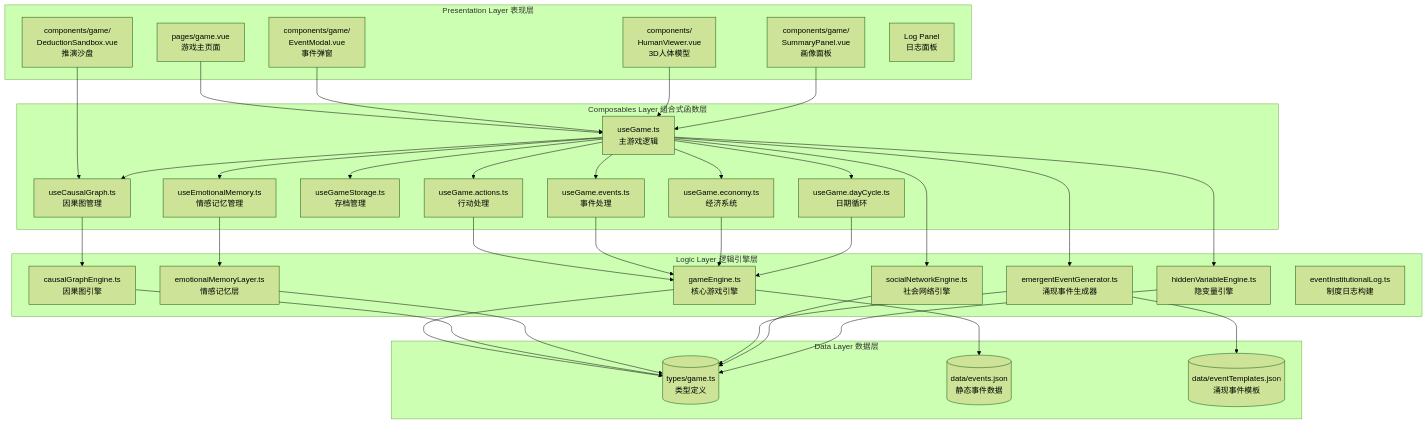
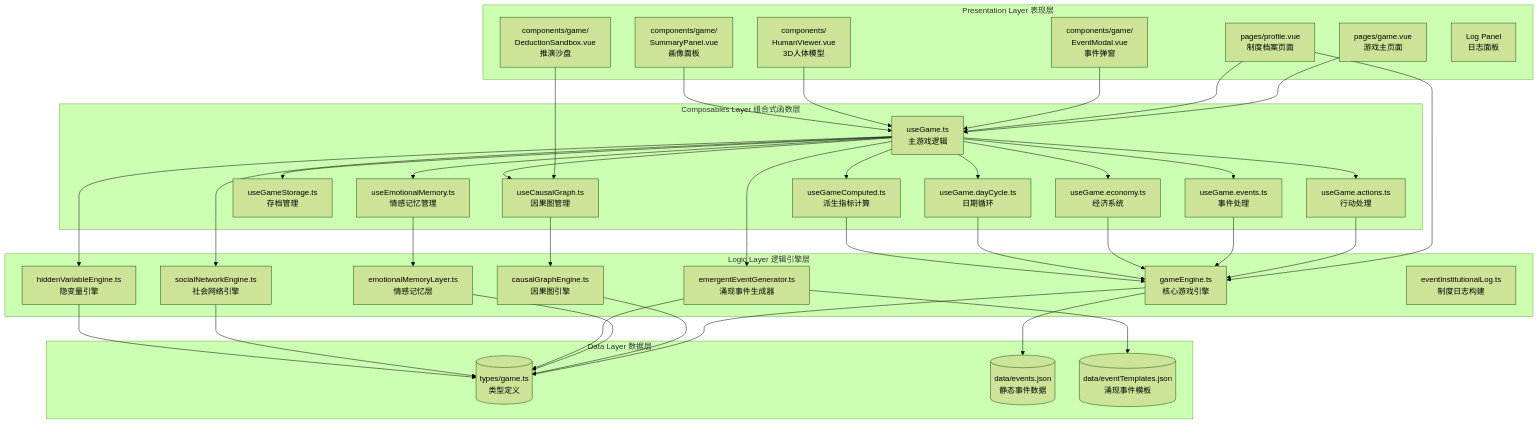
The first of 15 diagrams in .monkeycode/docs/ARCHITECTURE.md (moyunzero/XiuXian-Overdue), drawn with Mermaid (forest theme) before and after one commit. The commit also changed 40 other files, not shown here.

````diff
--- a/.monkeycode/docs/ARCHITECTURE.md
+++ b/.monkeycode/docs/ARCHITECTURE.md
@@ -9,73 +9,79 @@
 ```mermaid
 graph TB
     subgraph "Presentation Layer 表现层"
         PAGES[pages/game.vue<br>游戏主页面]
+        PROFILE[pages/profile.vue<br>制度档案页面]
         DEDUCTION[components/game/<br>DeductionSandbox.vue<br>推演沙盘]
         EVENT_MODAL[components/game/<br>EventModal.vue<br>事件弹窗]
         HUMAN_VIEWER[components/<br>HumanViewer.vue<br>3D人体模型]
         SUMMARY_PANEL[components/game/<br>SummaryPanel.vue<br>画像面板]
         LOG_PANEL[Log Panel<br>日志面板]
     end
 
     subgraph "Composables Layer 组合式函数层"
         useGame[useGame.ts<br>主游戏逻辑]
         useCausalGraph[useCausalGraph.ts<br>因果图管理]
         useEmotionalMemory[useEmotionalMemory.ts<br>情感记忆管理]
         useGameStorage[useGameStorage.ts<br>存档管理]
         useGameActions[useGame.actions.ts<br>行动处理]
         useGameEvents[useGame.events.ts<br>事件处理]
         useGameEconomy[useGame.economy.ts<br>经济系统]
         useGameDayCycle[useGame.dayCycle.ts<br>日期循环]
+        useGameComputed[useGameComputed.ts<br>派生指标计算]
     end
 
     subgraph "Logic Layer 逻辑引擎层"
         gameEngine[gameEngine.ts<br>核心游戏引擎]
         causalGraphEngine[causalGraphEngine.ts<br>因果图引擎]
         emotionalMemoryLayer[emotionalMemoryLayer.ts<br>情感记忆层]
         emergentEventGenerator[emergentEventGenerator.ts<br>涌现事件生成器]
         socialNetworkEngine[socialNetworkEngine.ts<br>社会网络引擎]
         hiddenVariableEngine[hiddenVariableEngine.ts<br>隐变量引擎]
         eventInstitutionalLog[eventInstitutionalLog.ts<br>制度日志构建]
     end
 
     subgraph "Data Layer 数据层"
         types[(types/game.ts<br>类型定义)]
         eventsJSON[(data/events.json<br>静态事件数据)]
         eventTemplates[(data/eventTemplates.json<br>涌现事件模板)]
     end
 
     PAGES --> useGame
+    PROFILE --> useGame
+    PROFILE --> gameEngine
     DEDUCTION --> useCausalGraph
     EVENT_MODAL --> useGame
     HUMAN_VIEWER --> useGame
     SUMMARY_PANEL --> useGame
 
     useGame --> useGameActions
     useGame --> useGameEvents
     useGame --> useGameEconomy
     useGame --> useGameDayCycle
     useGame --> useCausalGraph
     useGame --> useEmotionalMemory
     useGame --> useGameStorage
+    useGame --> useGameComputed
 
     useGameActions --> gameEngine
     useGameEvents --> gameEngine
     useGameEconomy --> gameEngine
     useGameDayCycle --> gameEngine
+    useGameComputed --> gameEngine
 
     useCausalGraph --> causalGraphEngine
     useEmotionalMemory --> emotionalMemoryLayer
     useGame --> emergentEventGenerator
     useGame --> socialNetworkEngine
     useGame --> hiddenVariableEngine
 
     gameEngine --> types
     causalGraphEngine --> types
     emotionalMemoryLayer --> types
     emergentEventGenerator --> types
     socialNetworkEngine --> types
     hiddenVariableEngine --> types
 
     emergentEventGenerator --> eventTemplates
     gameEngine --> eventsJSON
 ```
````
